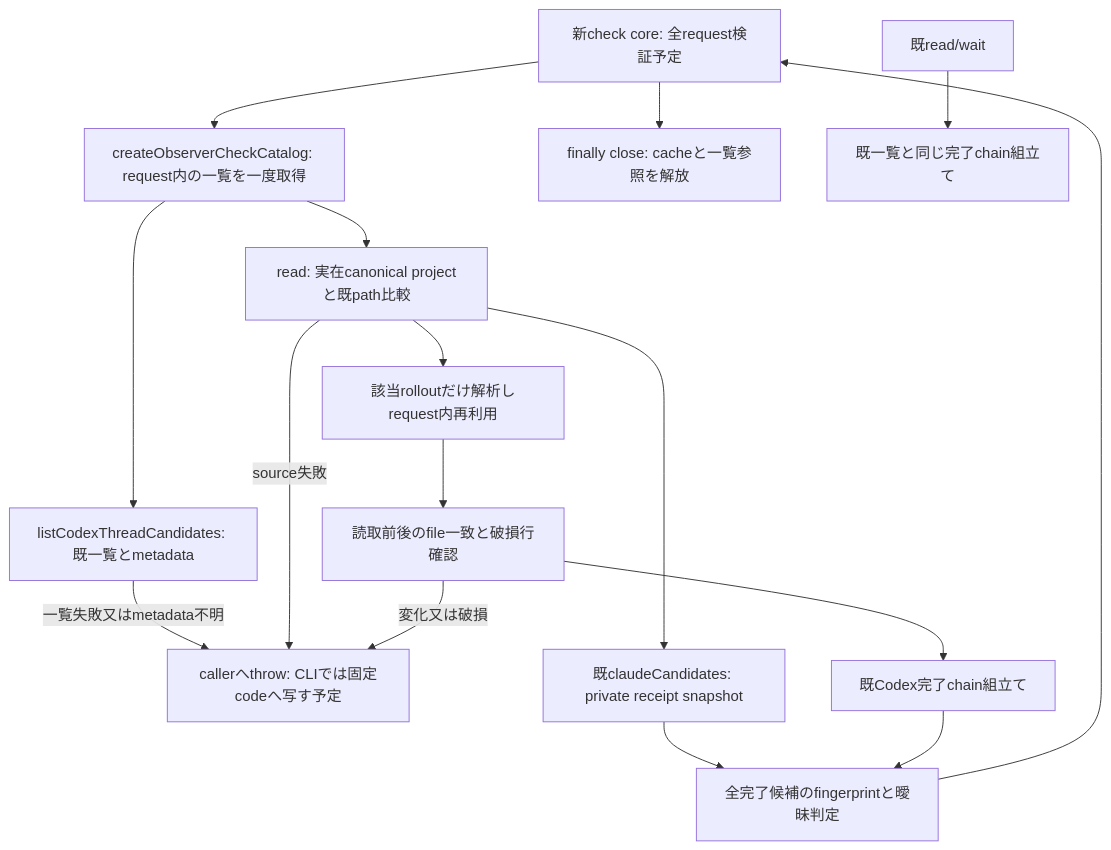
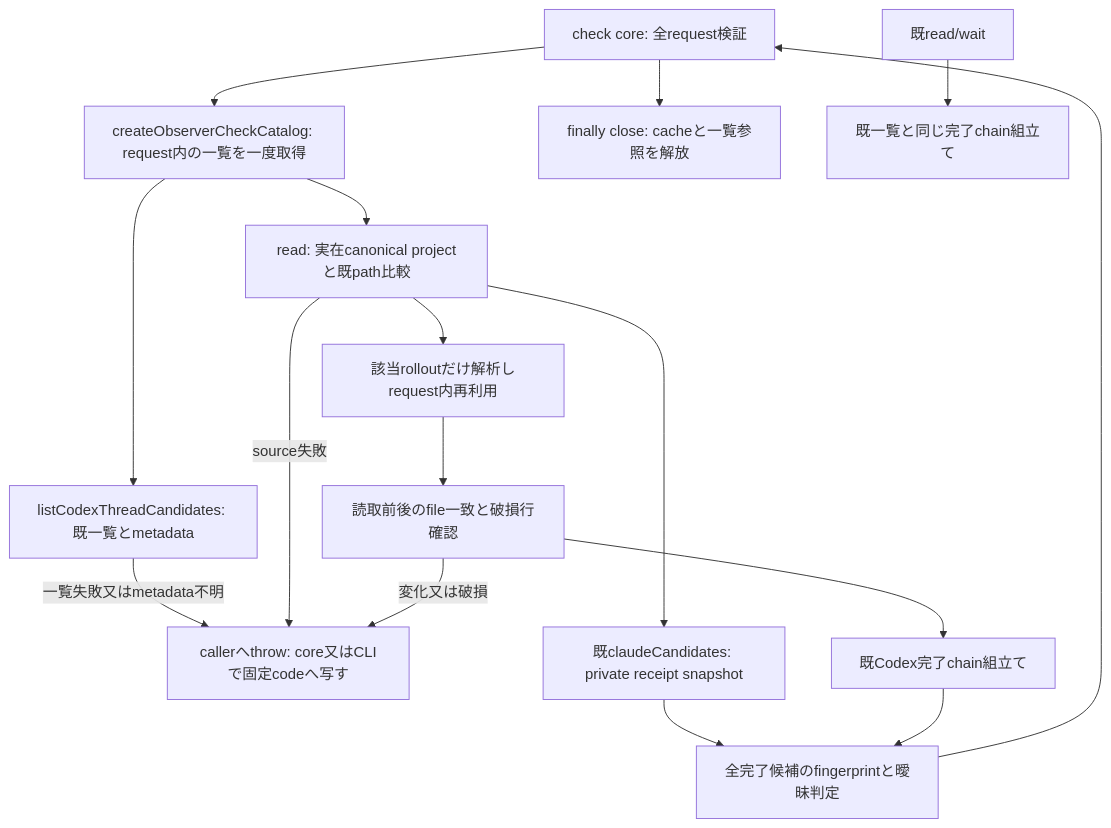
Before and after one commit to kitepon/Throughline: the first of 2 diagrams in docs/architecture/observer-check.md, drawn with Mermaid. The commit also changed other lines of this file and 15 other files, not shown here.

First line of the commit message:
feat: add bounded observer-check CLI and comparison tokens

````diff
--- a/docs/architecture/observer-check.md
+++ b/docs/architecture/observer-check.md
@@ -5,18 +5,18 @@
 ```mermaid
 flowchart TD
-  Core[新check core: 全request検証予定] --> Catalog[createObserverCheckCatalog: request内の一覧を一度取得]
+  Core[check core: 全request検証] --> Catalog[createObserverCheckCatalog: request内の一覧を一度取得]
   Catalog --> Index[listCodexThreadCandidates: 既一覧とmetadata]
   Index -->|一覧失敗又はmetadata不明| Error
   Catalog --> Project[read: 実在canonical projectと既path比較]
   Project --> Receipt[既claudeCandidates: private receipt snapshot]
   Project --> Cache[該当rolloutだけ解析しrequest内再利用]
   Cache --> Guard[読取前後のfile一致と破損行確認]
   Guard --> Chain[既Codex完了chain組立て]
   Receipt --> Result[全完了候補のfingerprintと曖昧判定]
   Chain --> Result
   Result --> Core
-  Project -->|source失敗| Error[callerへthrow: CLIでは固定codeへ写す予定]
+  Project -->|source失敗| Error[callerへthrow: core又はCLIで固定codeへ写す]
   Guard -->|変化又は破損| Error
   Core --> Cleanup[finally close: cacheと一覧参照を解放]
   Existing[既read/wait] --> Legacy[既一覧と同じ完了chain組立て]
 ```
````
